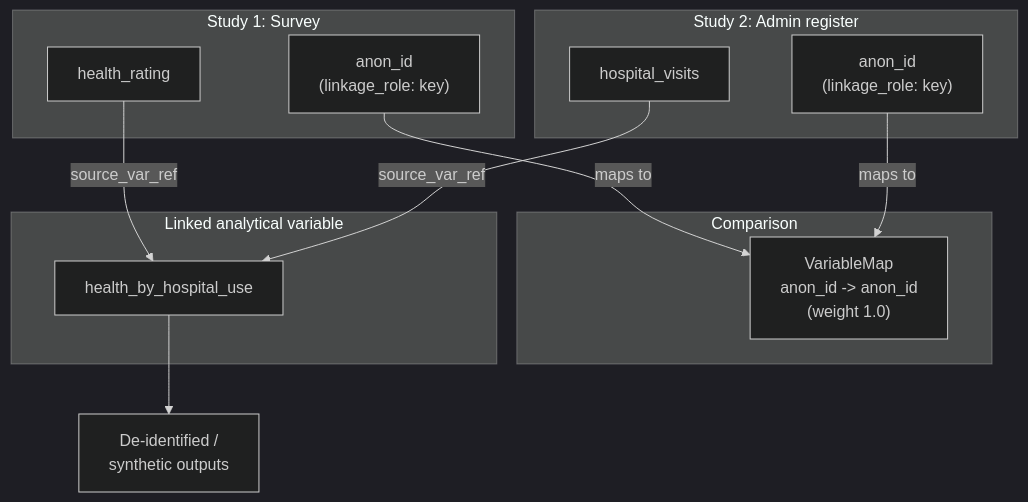
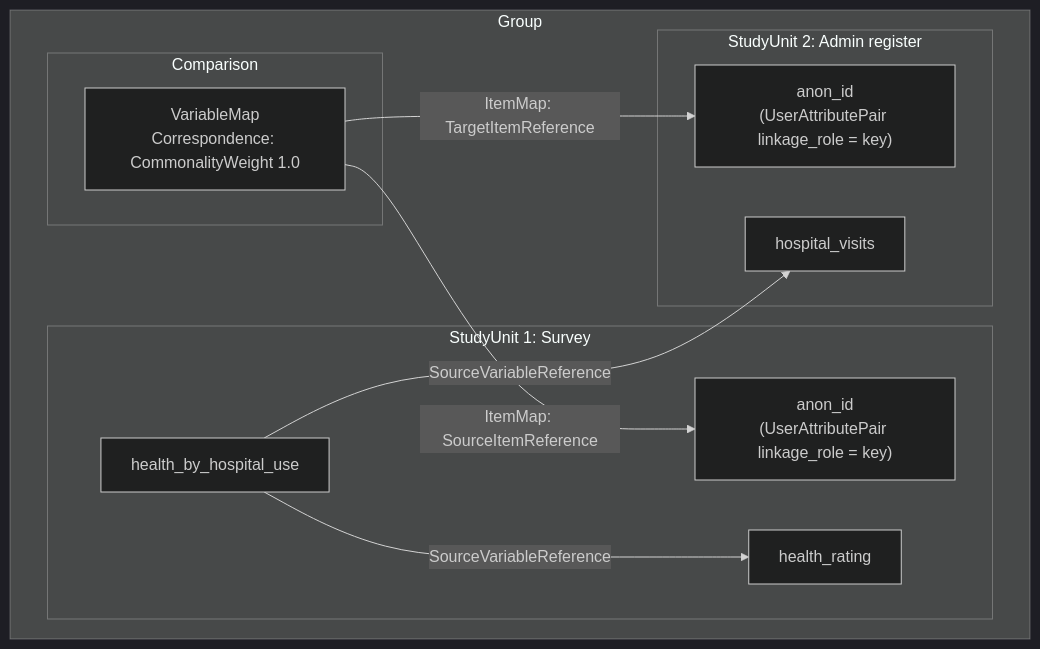
One commit to pbisson44/ddi-l changed the second of 2 diagrams in docs/curriculum/module-12-data-linkage.en.md. Above: the diagram before and after it, drawn with Mermaid (dark theme). The commit also changed other lines of this file and 597 other files, not shown here.

````diff
--- a/docs/curriculum/module-12-data-linkage.en.md
+++ b/docs/curriculum/module-12-data-linkage.en.md
@@ -291,26 +281,22 @@
 ```mermaid
 flowchart TD
-    subgraph Survey["Study 1: Survey"]
-        SK["anon_id\n(linkage_role: key)"]
-        SH["health_rating"]
+    subgraph Group["Group"]
+        subgraph Comparison["Comparison"]
+            VM["VariableMap\nCorrespondence: CommonalityWeight 1.0"]
+        end
+        subgraph Survey["StudyUnit 1: Survey"]
+            SK["anon_id\n(UserAttributePair linkage_role = key)"]
+            SH["health_rating"]
+            L["health_by_hospital_use"]
+        end
+        subgraph Admin["StudyUnit 2: Admin register"]
+            AK["anon_id\n(UserAttributePair linkage_role = key)"]
+            AV["hospital_visits"]
+        end
     end
 
-    subgraph Admin["Study 2: Admin register"]
-        AK["anon_id\n(linkage_role: key)"]
-        AV["hospital_visits"]
-    end
-
-    subgraph Comparison["Comparison"]
-        VM["VariableMap\nanon_id -> anon_id\n(weight 1.0)"]
-    end
-
-    subgraph Linked["Linked analytical variable"]
-        L["health_by_hospital_use"]
-    end
-
-    SK -->|"maps to"| VM
-    AK -->|"maps to"| VM
-    SH -->|"source_var_ref"| L
-    AV -->|"source_var_ref"| L
-    L --> OUT["De-identified /\nsynthetic outputs"]
+    VM -->|"ItemMap: SourceItemReference"| SK
+    VM -->|"ItemMap: TargetItemReference"| AK
+    L -->|SourceVariableReference| SH
+    L -->|SourceVariableReference| AV
 ```
````
